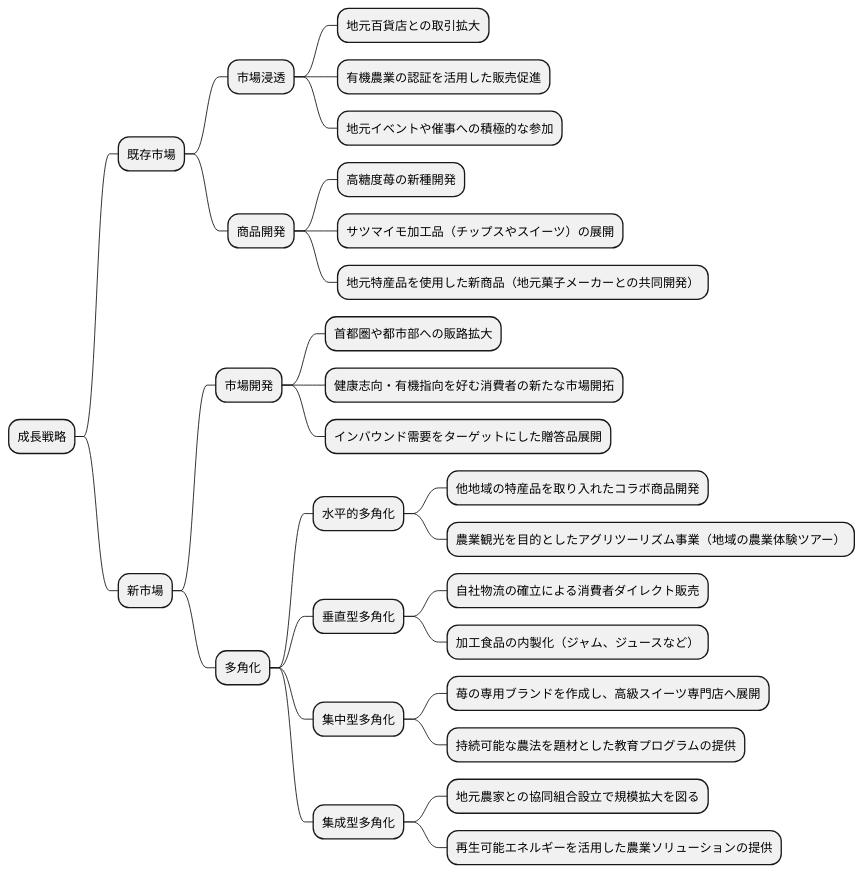
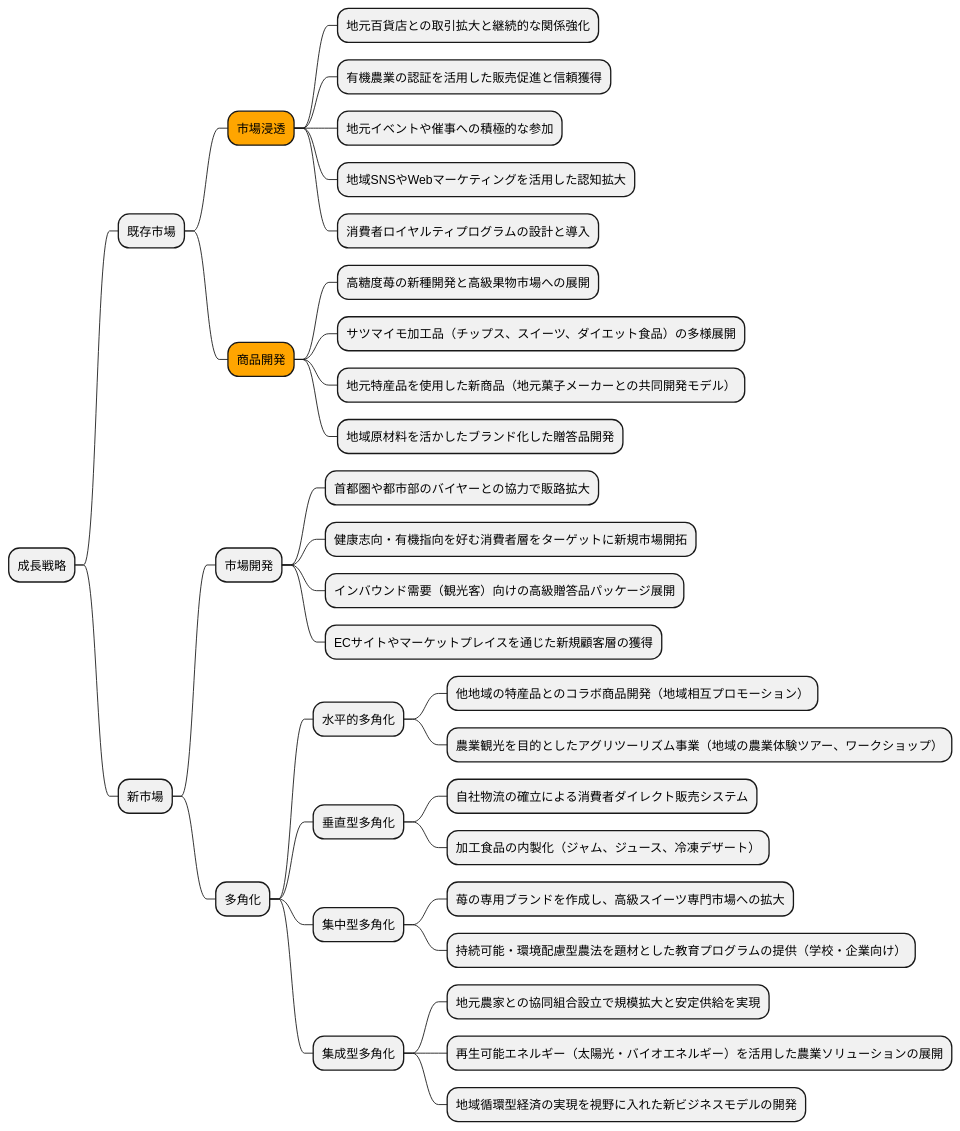
One commit to k2works/case-study-business-analysis changed the sixth of 19 diagrams in docs/case/r04_case_1.adoc. Above: the diagram before and after it, drawn with PlantUML. The commit also changed other lines of this file, not shown here.

```diff
--- a/docs/case/r04_case_1.adoc
+++ b/docs/case/r04_case_1.adoc
@@ -240,35 +283,40 @@
 [plantuml]
 ----
 @startmindmap
 
 * 成長戦略
 ** 既存市場
-*** 市場浸透
-**** 地元百貨店との取引拡大
-**** 有機農業の認証を活用した販売促進
+***[#orange] 市場浸透
+**** 地元百貨店との取引拡大と継続的な関係強化
+**** 有機農業の認証を活用した販売促進と信頼獲得
 **** 地元イベントや催事への積極的な参加
-*** 商品開発
-**** 高糖度苺の新種開発
-**** サツマイモ加工品（チップスやスイーツ）の展開
-**** 地元特産品を使用した新商品（地元菓子メーカーとの共同開発）
+**** 地域SNSやWebマーケティングを活用した認知拡大
+**** 消費者ロイヤルティプログラムの設計と導入
+***[#orange] 商品開発
+**** 高糖度苺の新種開発と高級果物市場への展開
+**** サツマイモ加工品（チップス、スイーツ、ダイエット食品）の多様展開
+**** 地元特産品を使用した新商品（地元菓子メーカーとの共同開発モデル）
+**** 地域原材料を活かしたブランド化した贈答品開発
 ** 新市場
 *** 市場開発
-**** 首都圏や都市部への販路拡大
-**** 健康志向・有機指向を好む消費者の新たな市場開拓
-**** インバウンド需要をターゲットにした贈答品展開
+**** 首都圏や都市部のバイヤーとの協力で販路拡大
+**** 健康志向・有機指向を好む消費者層をターゲットに新規市場開拓
+**** インバウンド需要（観光客）向けの高級贈答品パッケージ展開
+**** ECサイトやマーケットプレイスを通じた新規顧客層の獲得
 *** 多角化
 **** 水平的多角化
-***** 他地域の特産品を取り入れたコラボ商品開発
-***** 農業観光を目的としたアグリツーリズム事業（地域の農業体験ツアー）
+***** 他地域の特産品とのコラボ商品開発（地域相互プロモーション）
+***** 農業観光を目的としたアグリツーリズム事業（地域の農業体験ツアー、ワークショップ）
 **** 垂直型多角化
-***** 自社物流の確立による消費者ダイレクト販売
-***** 加工食品の内製化（ジャム、ジュースなど）
+***** 自社物流の確立による消費者ダイレクト販売システム
+***** 加工食品の内製化（ジャム、ジュース、冷凍デザート）
 **** 集中型多角化
-***** 苺の専用ブランドを作成し、高級スイーツ専門店へ展開
-***** 持続可能な農法を題材とした教育プログラムの提供
+***** 苺の専用ブランドを作成し、高級スイーツ専門市場への拡大
+***** 持続可能・環境配慮型農法を題材とした教育プログラムの提供（学校・企業向け）
 **** 集成型多角化
-***** 地元農家との協同組合設立で規模拡大を図る
-***** 再生可能エネルギーを活用した農業ソリューションの提供
+***** 地元農家との協同組合設立で規模拡大と安定供給を実現
+***** 再生可能エネルギー（太陽光・バイオエネルギー）を活用した農業ソリューションの展開
+***** 地域循環型経済の実現を視野に入れた新ビジネスモデルの開発
 
 @endmindmap
 ----
```
